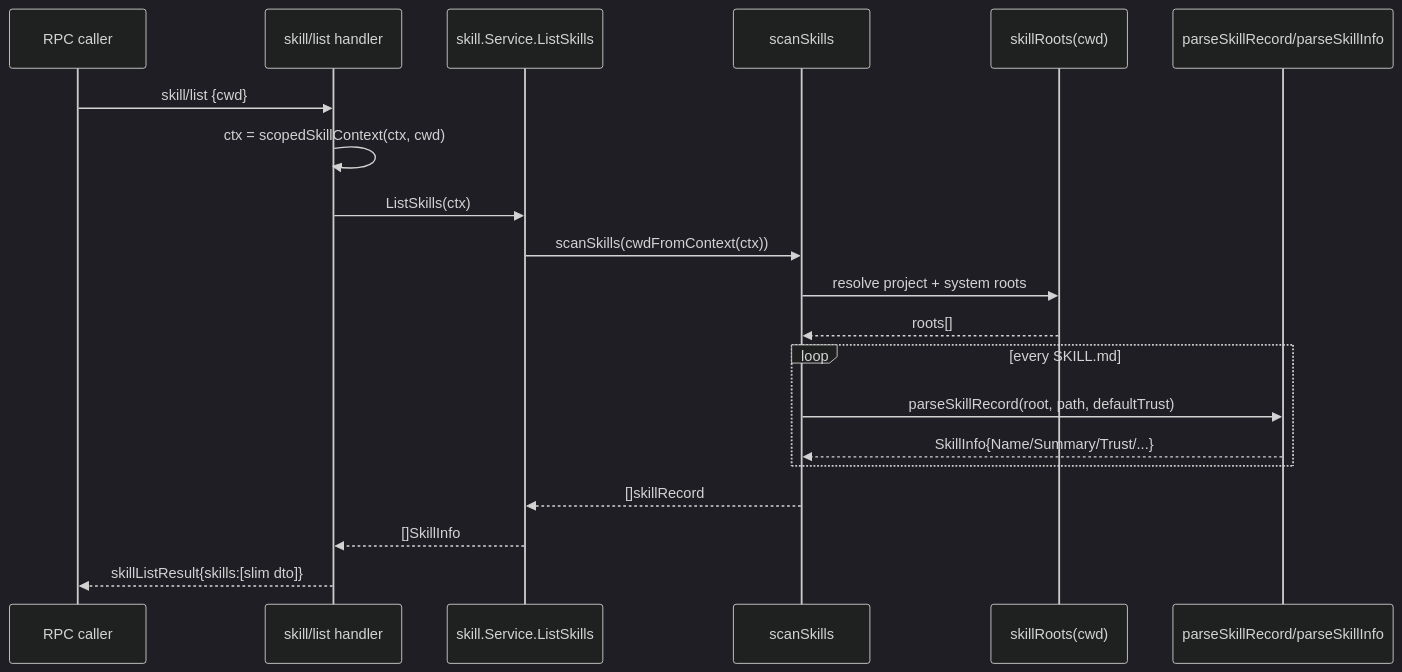
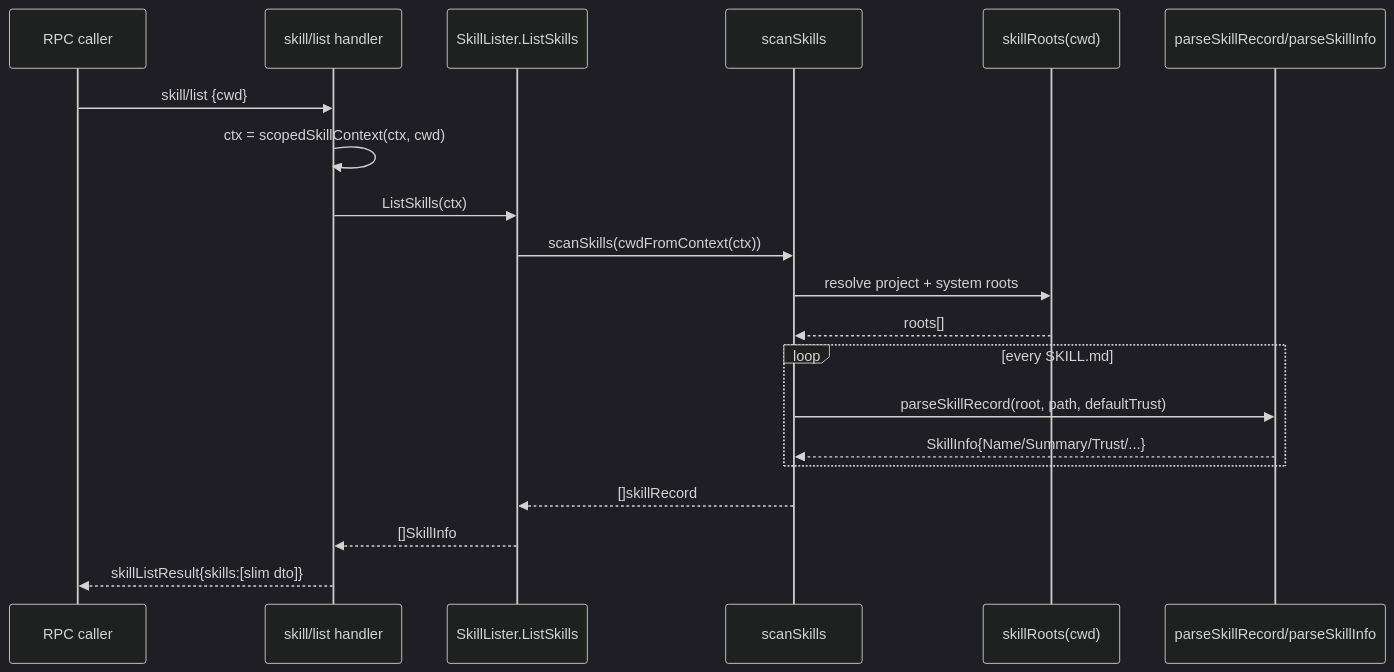
Before and after one commit to lihah111222333-cloud/Super-Dolphin-Agent-Cockpit: the sixth of 8 diagrams in docs/doc/codemap/07-module-read.md, drawn with Mermaid (dark theme). The commit also changed other lines of this file and 14 other files, not shown here.

````diff
--- a/docs/doc/codemap/07-module-read.md
+++ b/docs/doc/codemap/07-module-read.md
@@ -319,23 +320,23 @@
 ```mermaid
 sequenceDiagram
     participant C as RPC caller
     participant H as skill/list handler
-    participant S as skill.Service.ListSkills
+    participant S as SkillLister.ListSkills
     participant SCAN as scanSkills
     participant ROOT as skillRoots(cwd)
     participant PARSE as parseSkillRecord/parseSkillInfo
 
     C->>H: skill/list {cwd}
     H->>H: ctx = scopedSkillContext(ctx, cwd)
     H->>S: ListSkills(ctx)
     S->>SCAN: scanSkills(cwdFromContext(ctx))
     SCAN->>ROOT: resolve project + system roots
     ROOT-->>SCAN: roots[]
     loop every SKILL.md
         SCAN->>PARSE: parseSkillRecord(root, path, defaultTrust)
         PARSE-->>SCAN: SkillInfo{Name/Summary/Trust/...}
     end
     SCAN-->>S: []skillRecord
     S-->>H: []SkillInfo
     H-->>C: skillListResult{skills:[slim dto]}
 ```
````
